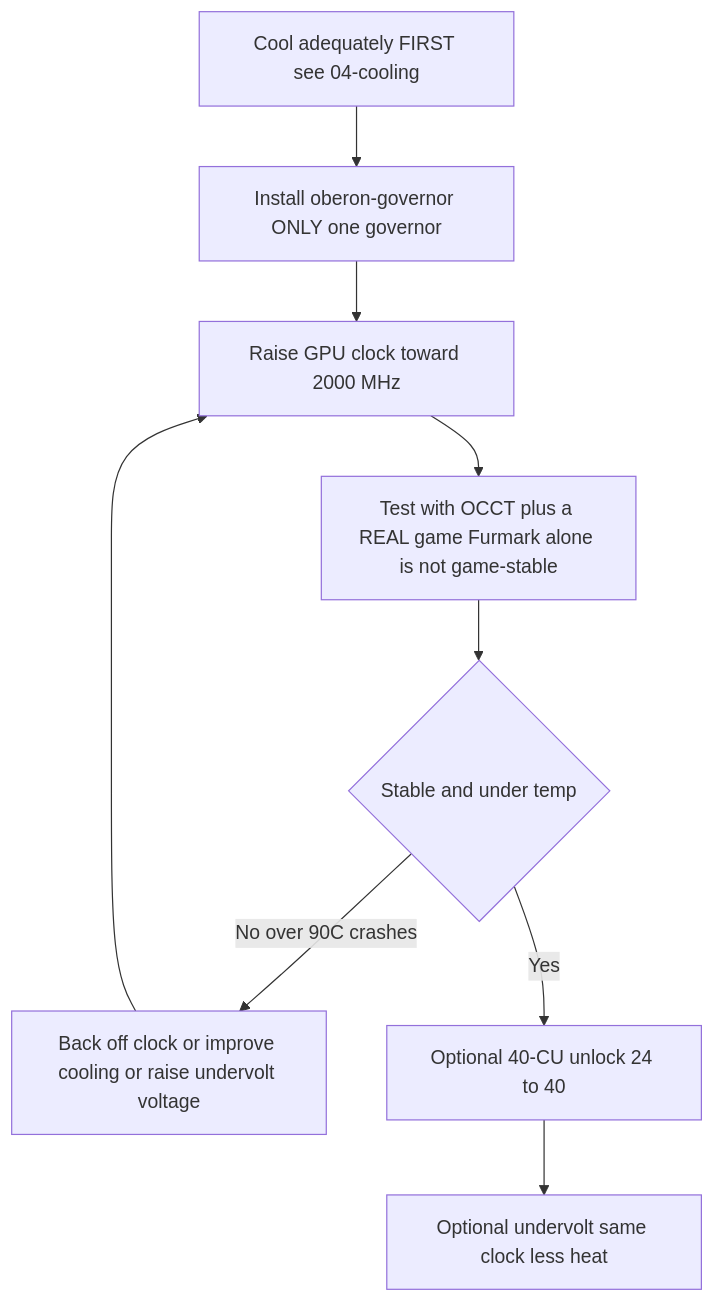
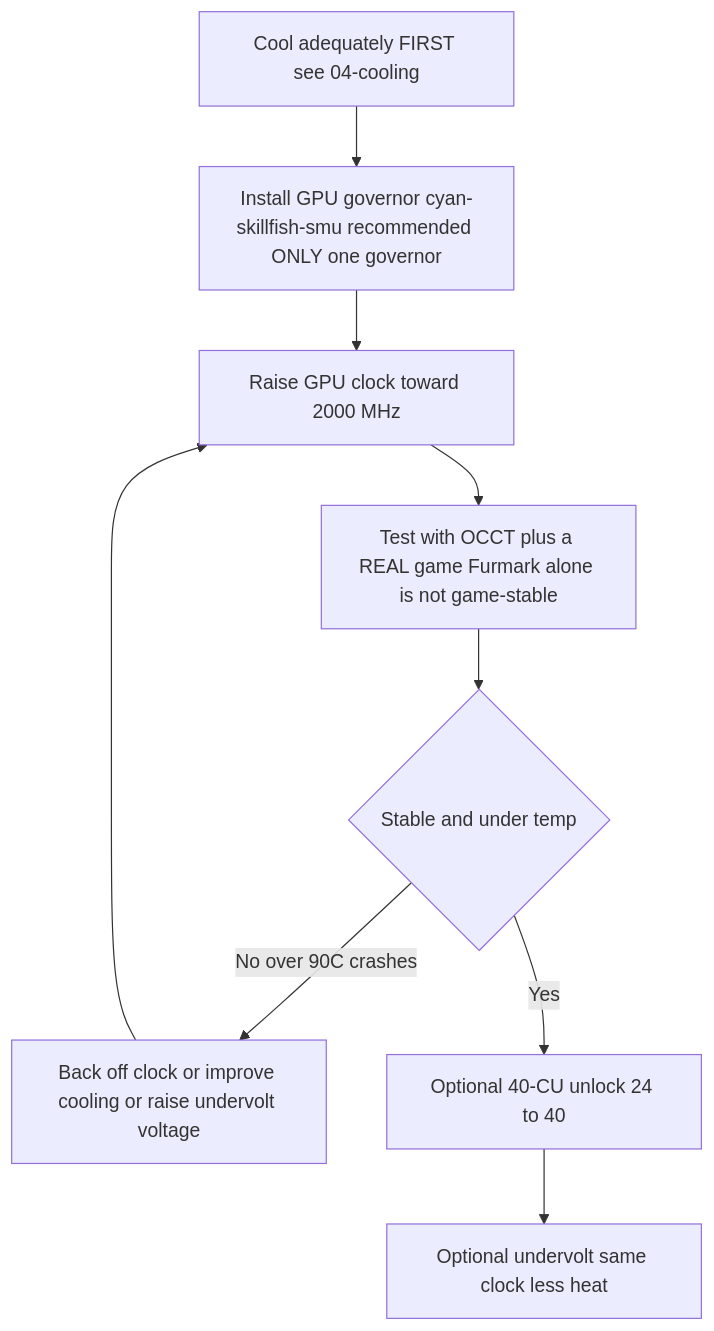
The diagram in docs/en/09-overclock-undervolt.md (kalpakprod/awesome-bc250), drawn with Mermaid before and after one commit. The commit also changed other lines of this file and 9 other files, not shown here.

````diff
--- a/docs/en/09-overclock-undervolt.md
+++ b/docs/en/09-overclock-undervolt.md
@@ -27,11 +27,11 @@
 ```mermaid
 flowchart TD
-    Cool["Cool adequately FIRST see 04-cooling"] --> Gov["Install oberon-governor ONLY one governor"]
+    Cool["Cool adequately FIRST see 04-cooling"] --> Gov["Install GPU governor cyan-skillfish-smu recommended ONLY one governor"]
     Gov --> Clock["Raise GPU clock toward 2000 MHz"]
     Clock --> Test["Test with OCCT plus a REAL game Furmark alone is not game-stable"]
     Test --> Q{"Stable and under temp"}
     Q -->|"No over 90C crashes"| Back["Back off clock or improve cooling or raise undervolt voltage"]
     Back --> Clock
     Q -->|"Yes"| Unlock["Optional 40-CU unlock 24 to 40"]
     Unlock --> Uv["Optional undervolt same clock less heat"]
 ```
````
